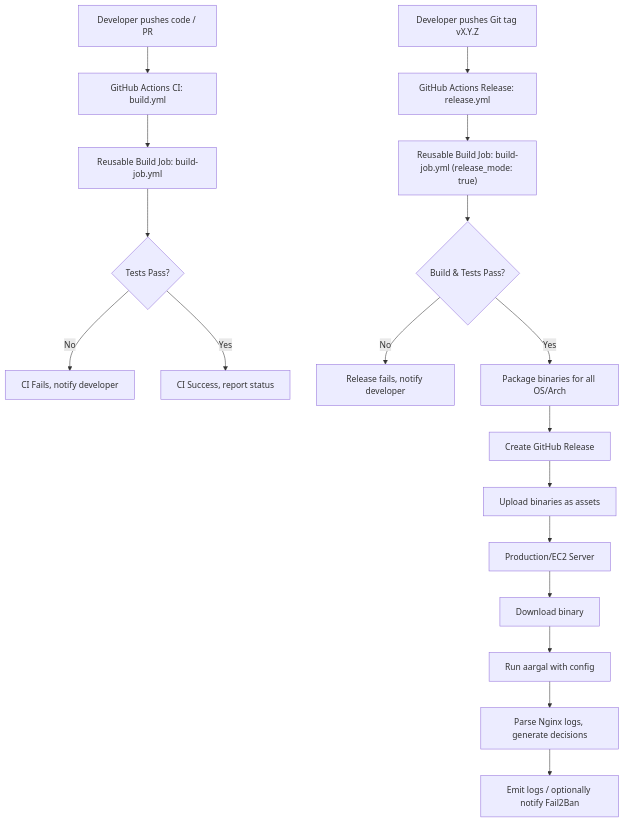
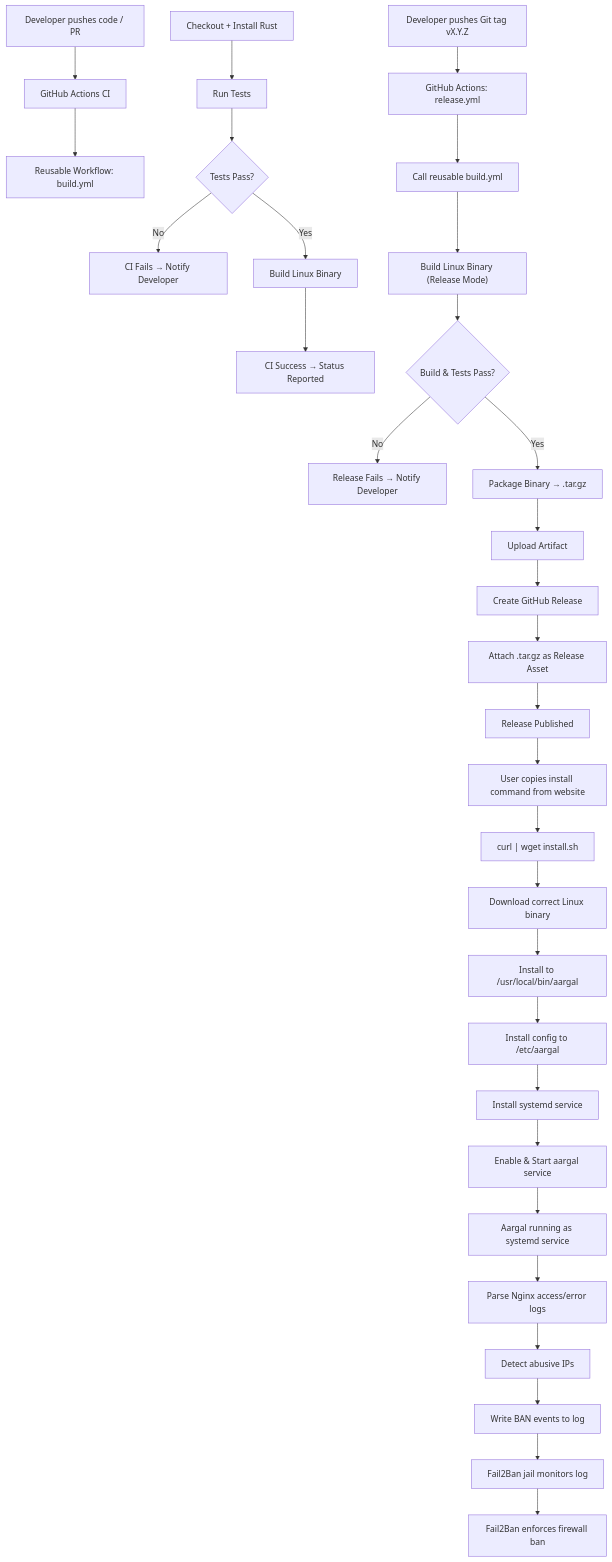
The second of 2 diagrams in README.md (urwithajit9/aargal), drawn with Mermaid before and after one commit.

Commit message:
updated the flowchart in README

````diff
--- a/README.md
+++ b/README.md
@@ -627,22 +627,43 @@
 ```mermaid
 flowchart TD
-    A[Developer pushes code / PR] --> B[GitHub Actions CI: build.yml]
-    B --> C[Reusable Build Job: build-job.yml]
-    C --> D{Tests Pass?}
-    D -- No --> E[CI Fails, notify developer]
-    D -- Yes --> F[CI Success, report status]
+    %% CI Section
+    A[Developer pushes code / PR] --> B[GitHub Actions CI]
+    B --> C[Reusable Workflow: build.yml]
+    D[Checkout + Install Rust] --> E[Run Tests]
+    E --> F{Tests Pass?}
+    F -- No --> G[CI Fails → Notify Developer]
+    F -- Yes --> H[Build Linux Binary]
+    H --> I[CI Success → Status Reported]
 
-    A2[Developer pushes Git tag vX.Y.Z] --> G[GitHub Actions Release: release.yml]
-    G --> H["Reusable Build Job: build-job.yml (release_mode: true)"]
-    H --> I{Build & Tests Pass?}
-    I -- No --> J[Release fails, notify developer]
-    I -- Yes --> K[Package binaries for all OS/Arch]
-    K --> L[Create GitHub Release]
-    L --> M[Upload binaries as assets]
+    %% Release Section
+    A2[Developer pushes Git tag vX.Y.Z] --> J[GitHub Actions: release.yml]
+    J --> K[Call reusable build.yml]
+    K --> L["Build Linux Binary (Release Mode)"]
+    L --> M{Build & Tests Pass?}
+    M -- No --> N[Release Fails → Notify Developer]
+    M -- Yes --> O[Package Binary → .tar.gz]
+    O --> P[Upload Artifact]
 
-    M --> N[Production/EC2 Server]
-    N --> O[Download binary]
-    O --> P[Run aargal with config]
-    P --> Q[Parse Nginx logs, generate decisions]
-    Q --> R[Emit logs / optionally notify Fail2Ban]
+    %% GitHub Release Section
+    P --> Q[Create GitHub Release]
+    Q --> R[Attach .tar.gz as Release Asset]
+    R --> S[Release Published]
+
+    %% Installation Section
+    S --> T[User copies install command from website]
+    T --> U["curl | wget install.sh"]
+    U --> V[Download correct Linux binary]
+    V --> W[Install to /usr/local/bin/aargal]
+    W --> X[Install config to /etc/aargal]
+    X --> Y[Install systemd service]
+    Y --> Z[Enable & Start aargal service]
+
+    %% Runtime Section
+    Z --> AA[Aargal running as systemd service]
+    AA --> AB[Parse Nginx access/error logs]
+    AB --> AC[Detect abusive IPs]
+    AC --> AD[Write BAN events to log]
+    AD --> AE[Fail2Ban jail monitors log]
+    AE --> AF[Fail2Ban enforces firewall ban]
+
 ```
````
